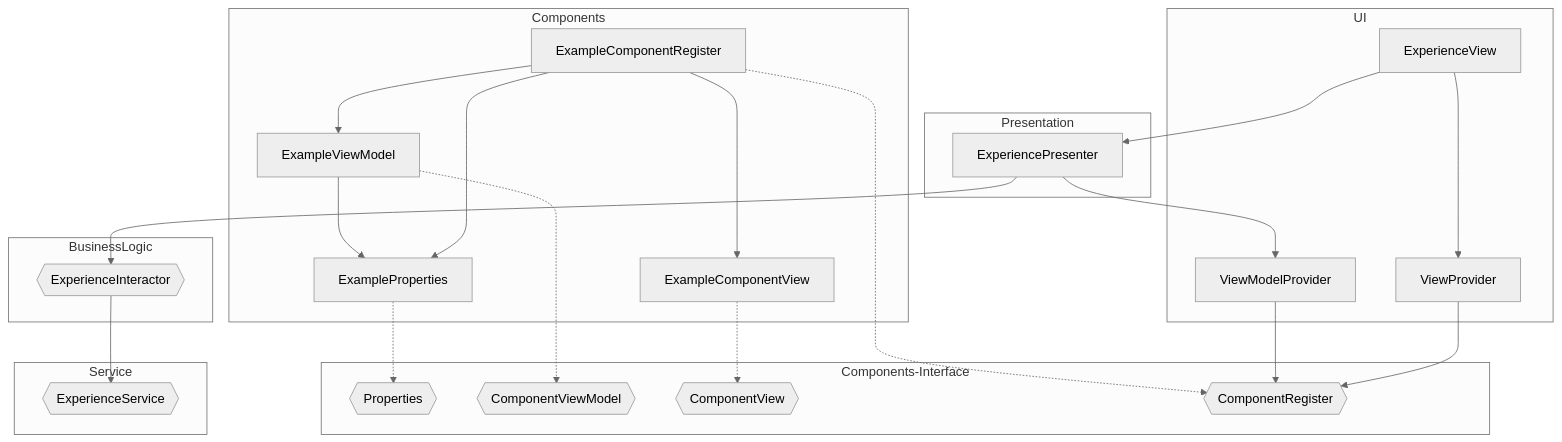
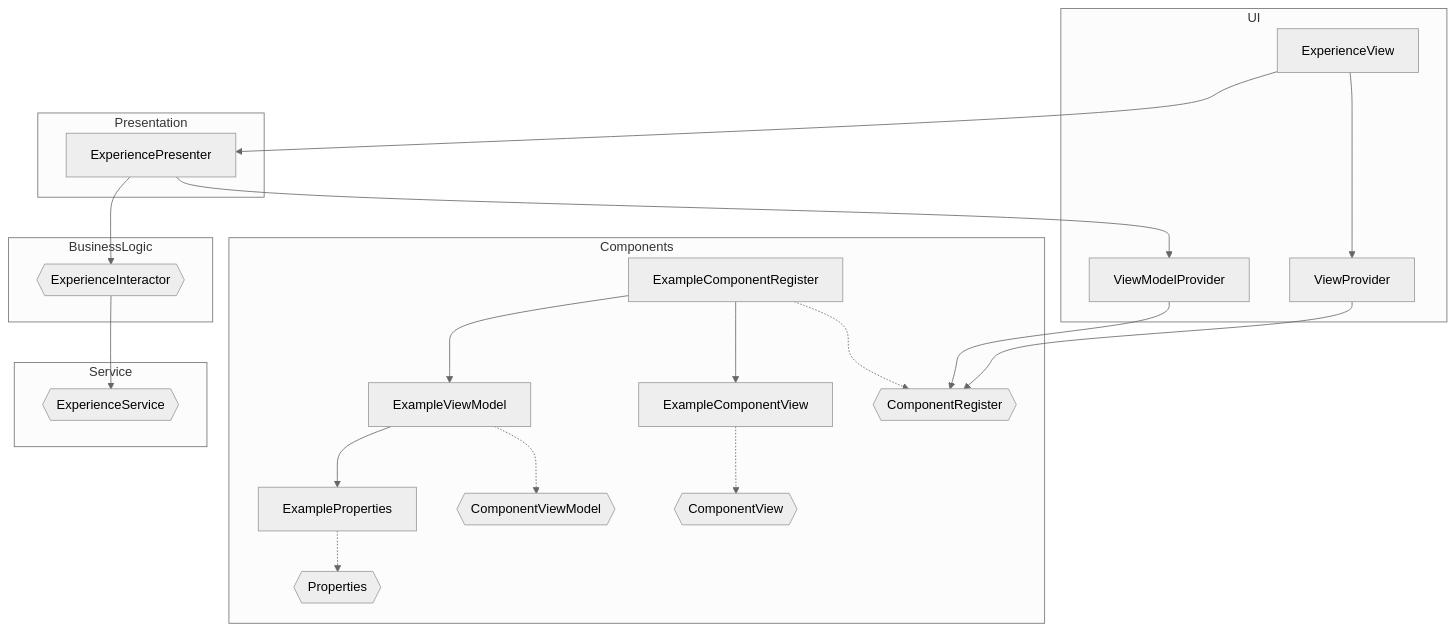
One commit to SashenSinghDev/ExperienceKit changed the diagram in README.md. Above: the diagram before and after it, drawn with Mermaid (neutral theme).

````diff
--- a/README.md
+++ b/README.md
@@ -5,60 +5,59 @@
 ```mermaid
 flowchart TD
 
-subgraph Components-Interface
-    Properties{{Properties}}
-    ComponentViewModel{{ComponentViewModel}}
-    ComponentView{{ComponentView}}
-    ComponentRegister{{ComponentRegister}}
-end
+%% subgraph Components-Interface
+%%     Properties{{Properties}}
+%%     ComponentViewModel{{ComponentViewModel}}
+%%     ComponentView{{ComponentView}}
+%%     ComponentRegister{{ComponentRegister}}
+%% end
 
 subgraph Components
     ExampleProperties
     ExampleViewModel
     ExampleComponentView
     ExampleComponentRegister
     
     %% Relationships
     ExampleViewModel-->ExampleProperties
     ExampleProperties-.->Properties{{Properties}}
     ExampleViewModel-.->ComponentViewModel{{ComponentViewModel}}
     ExampleComponentView-.->ComponentView{{ComponentView}}
     ExampleComponentRegister-.->ComponentRegister{{ComponentRegister}}
     ExampleComponentRegister-->ExampleComponentView
     ExampleComponentRegister-->ExampleViewModel
-    ExampleComponentRegister-->ExampleProperties
 end
 
 subgraph UI
     ExperienceView
     ViewProvider
     ViewModelProvider
 
     %% Relationships
     ViewModelProvider-->ComponentRegister{{ComponentRegister}}
     ViewProvider-->ComponentRegister{{ComponentRegister}}
     ExperienceView-->ViewProvider
 end
 
 subgraph Presentation
     ExperiencePresenter
 
     %% Relationships
     ExperiencePresenter-->ViewModelProvider
 end
 
 ExperienceView-->ExperiencePresenter
 
 subgraph Service
     ExperienceService{{ExperienceService}}
 end
 
 subgraph BusinessLogic
     ExperienceInteractor{{ExperienceInteractor}}
     
     %% Relationships
     ExperienceInteractor{{ExperienceInteractor}}-->ExperienceService{{ExperienceService}}
 end
 
 ExperiencePresenter-->ExperienceInteractor
 ```
````
